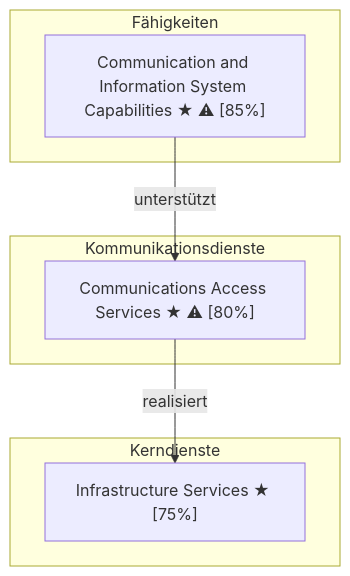
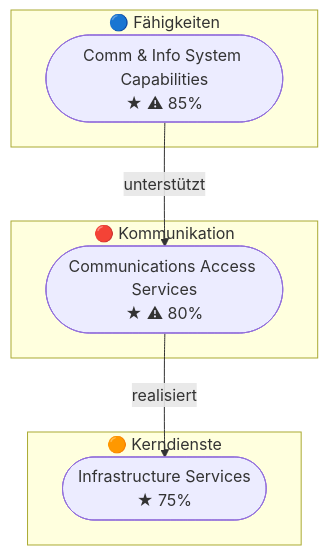
One commit to carstenartur/Taxonomy changed the diagram in docs/de/EXAMPLES.md. Above: the diagram before and after it, drawn with Mermaid. The commit also changed 9 other files, not shown here.

First line of the commit message:
Improve Mermaid showcase visual quality: multi-line labels, stadium shapes, edge limiting, abbreviated subgraph titles

````diff
--- a/docs/de/EXAMPLES.md
+++ b/docs/de/EXAMPLES.md
@@ -328,14 +328,14 @@
 ```mermaid
 graph TD
-    subgraph Faehigkeiten["Fähigkeiten"]
-        CP_1023["Communication and Information System Capabilities ★ ⚠ [85%]"]
+    subgraph Faehigkeiten["🔵 Fähigkeiten"]
+        CP_1023(["Comm &amp; Info System Capabilities<br/>★ ⚠ 85%"])
     end
-    subgraph Kommunikationsdienste["Kommunikationsdienste"]
-        CO_1011["Communications Access Services ★ ⚠ [80%]"]
+    subgraph Kommunikationsdienste["🔴 Kommunikation"]
+        CO_1011(["Communications Access Services<br/>★ ⚠ 80%"])
     end
-    subgraph Kerndienste["Kerndienste"]
-        CR_1047["Infrastructure Services ★ [75%]"]
+    subgraph Kerndienste["🟠 Kerndienste"]
+        CR_1047(["Infrastructure Services<br/>★ 75%"])
     end
     CP_1023 -->|unterstützt| CO_1011
     CO_1011 -->|realisiert| CR_1047
 ```
````
